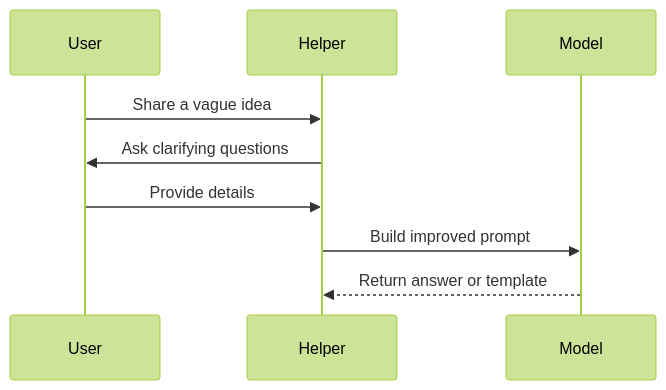
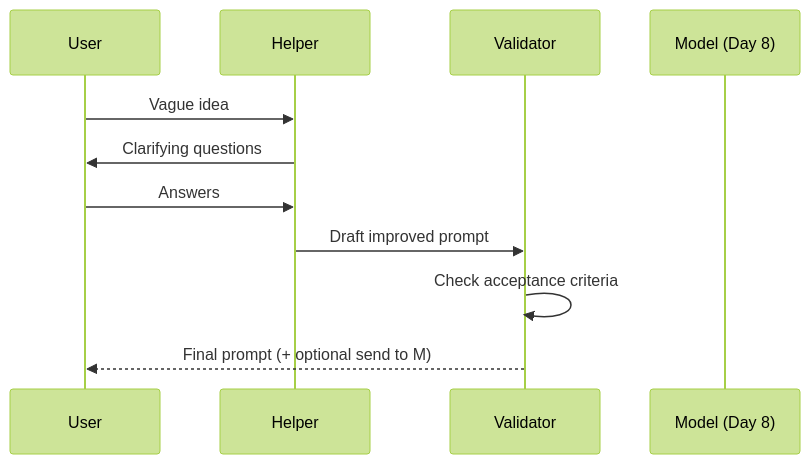
Before and after one commit to Asabeneh/30-Days-Of-AI-Engineering: the second of 11 diagrams in day_07/day_07_mini_project_prompt_helper.md, drawn with Mermaid (forest theme). The commit also changed other lines of this file and 49 other files, not shown here.

````diff
--- a/day_07/day_07_mini_project_prompt_helper.md
+++ b/day_07/day_07_mini_project_prompt_helper.md
@@ -117,12 +192,14 @@
 ```mermaid
 sequenceDiagram
     participant U as User
     participant H as Helper
-    participant M as Model
+    participant V as Validator
+    participant M as Model (Day 8)
 
-    U->>H: Share a vague idea
-    H->>U: Ask clarifying questions
-    U->>H: Provide details
-    H->>M: Build improved prompt
-    M-->>H: Return answer or template
+    U->>H: Vague idea
+    H->>U: Clarifying questions
+    U->>H: Answers
+    H->>V: Draft improved prompt
+    V->>V: Check acceptance criteria
+    V-->>U: Final prompt (+ optional send to M)
 ```
````
